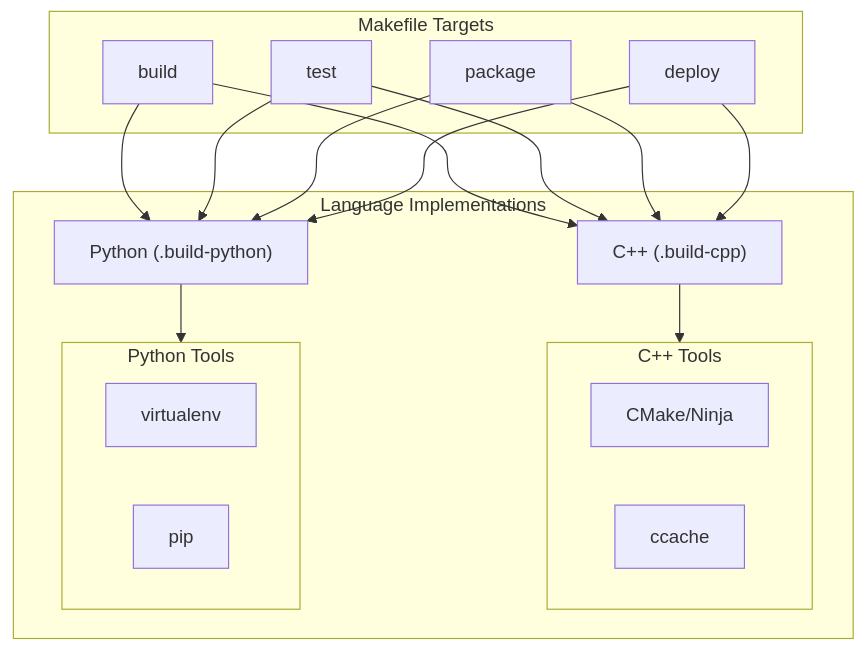
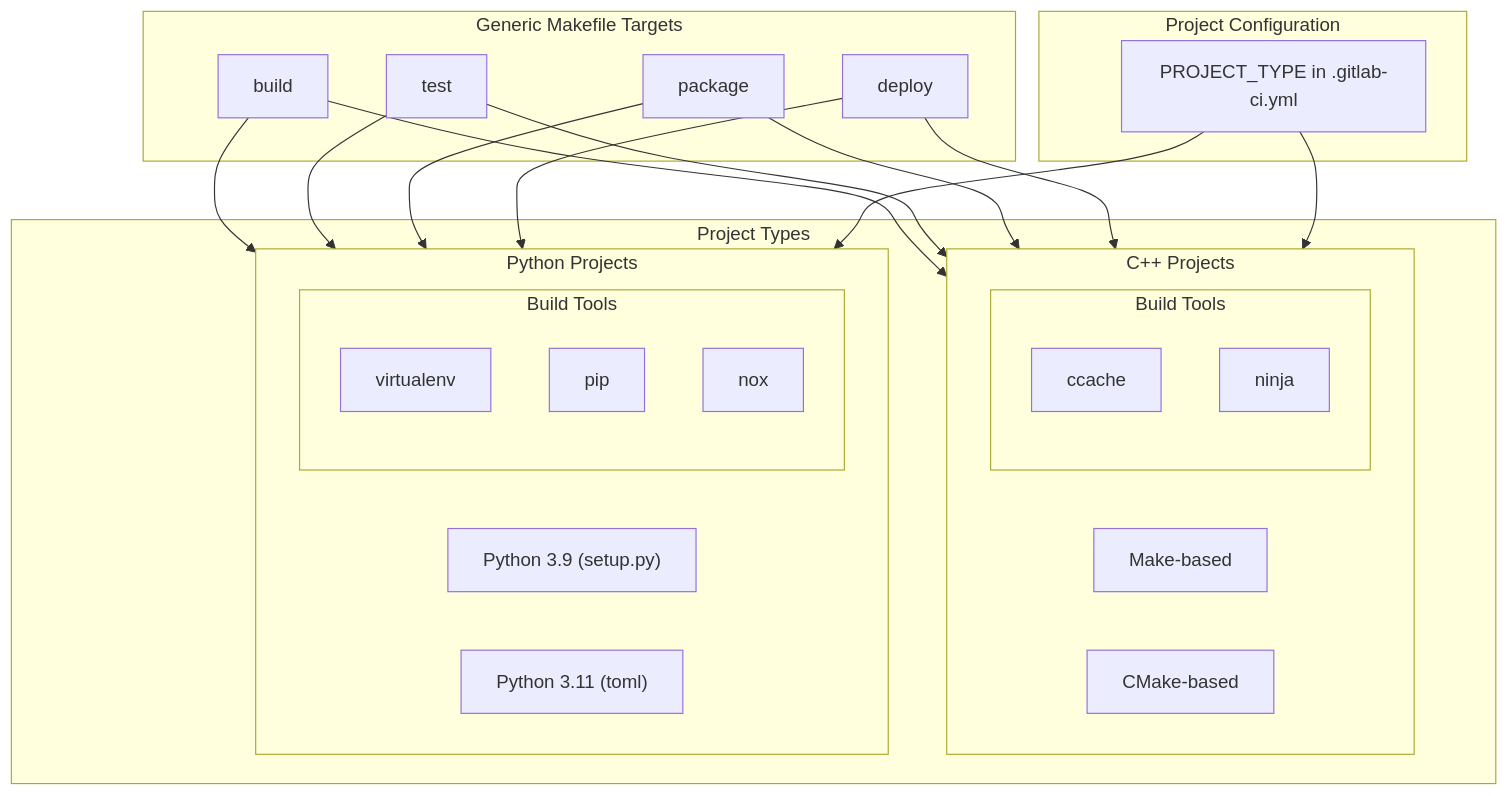
The first of 7 diagrams in memory-bank/systemPatterns.md (jlheater/test-project-123456), drawn with Mermaid before and after one commit. The commit also changed other lines of this file and 2 other files, not shown here.

Commit message:
Update activeContext.md and systemPatterns.md to reflect documentation restructuring and generic make targets implementation

````diff
--- a/memory-bank/systemPatterns.md
+++ b/memory-bank/systemPatterns.md
@@ -6,32 +6,42 @@
 ```mermaid
 flowchart TD
-    subgraph Make["Makefile Targets"]
+    subgraph Make["Generic Makefile Targets"]
         B[build]
         T[test]
         P[package]
         D[deploy]
     end
 
-    subgraph Lang["Language Implementations"]
-        CPP["C++ (.build-cpp)"]
-        PY["Python (.build-python)"]
-        
-        subgraph CPP_Tools["C++ Tools"]
-            CMAKE["CMake/Ninja"]
-            CCACHE["ccache"]
+    subgraph Projects["Project Types"]
+        subgraph CPP["C++ Projects"]
+            MAKE["Make-based"]
+            CMAKE["CMake-based"]
+            
+            subgraph CPP_Tools["Build Tools"]
+                CCACHE["ccache"]
+                NINJA["ninja"]
+            end
         end
         
-        subgraph PY_Tools["Python Tools"]
-            VENV["virtualenv"]
-            PIP["pip"]
+        subgraph PY["Python Projects"]
+            PY39["Python 3.9 (setup.py)"]
+            PY311["Python 3.11 (toml)"]
+            
+            subgraph PY_Tools["Build Tools"]
+                VENV["virtualenv"]
+                PIP["pip"]
+                NOX["nox"]
+            end
         end
-        
-        CPP --> CPP_Tools
-        PY --> PY_Tools
     end
 
-    B --> CPP & PY
-    T --> CPP & PY
-    P --> CPP & PY
-    D --> CPP & PY
+    B & T & P & D --> CPP
+    B & T & P & D --> PY
+
+    subgraph Config["Project Configuration"]
+        TYPE["PROJECT_TYPE in .gitlab-ci.yml"]
+    end
+
+    TYPE --> CPP
+    TYPE --> PY
 ```
````
